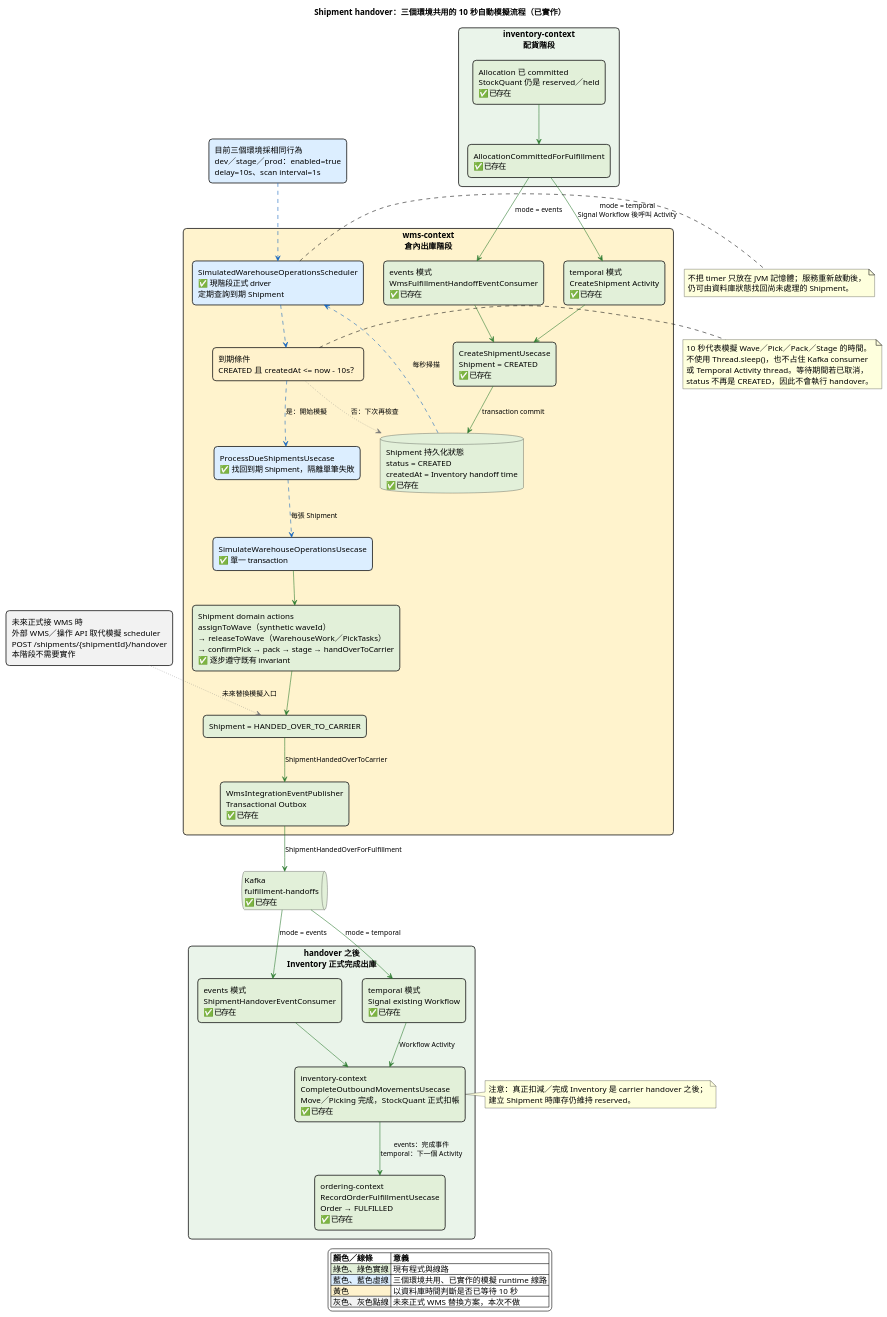
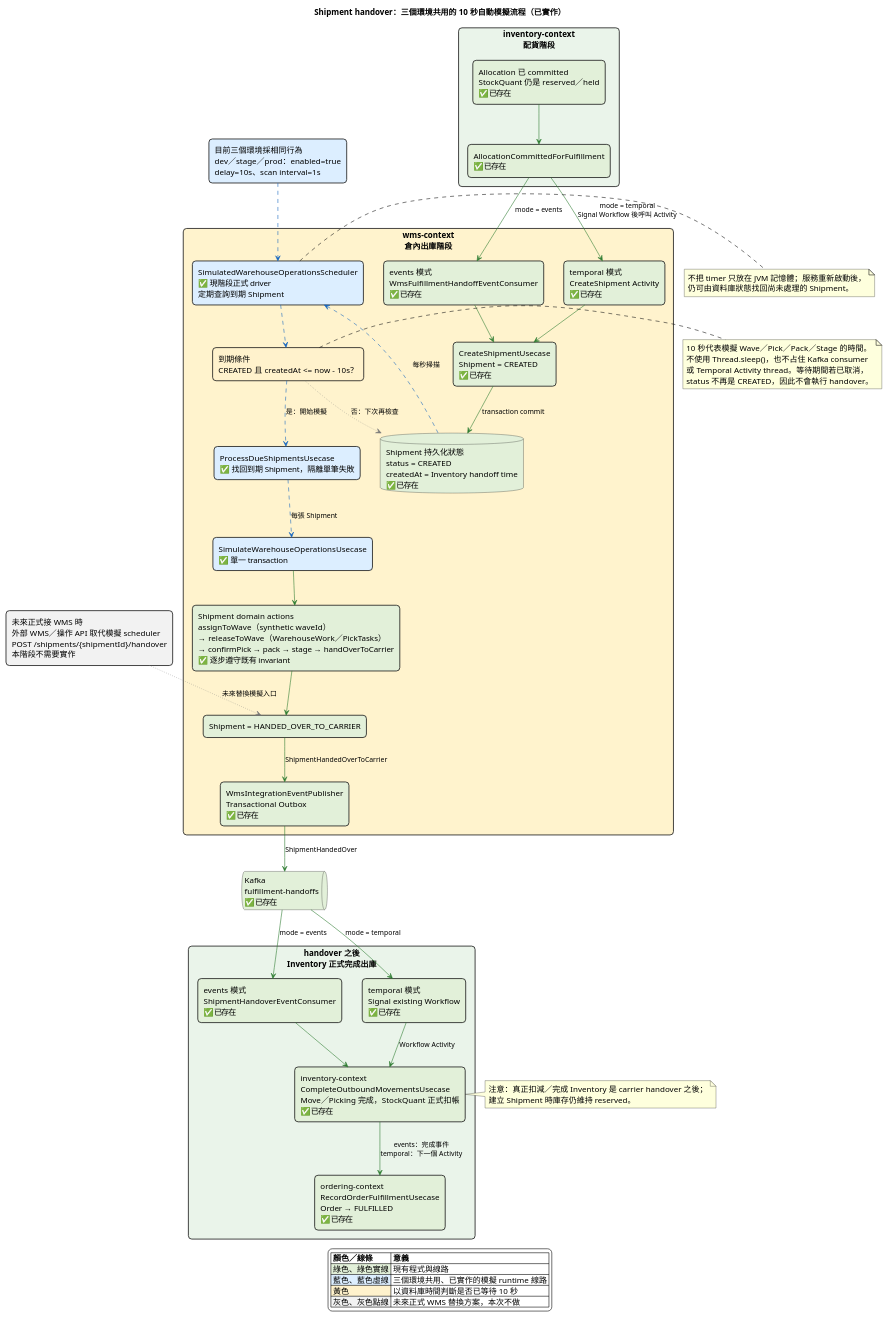
Before and after one commit to zhjiangexe/order-allocation-arch-demo: the diagram in docs/shipment-handover-connection-gaps.puml, drawn with PlantUML. The commit also changed 10 other files, not shown here.

Commit message:
docs: align fulfillment event architecture

```diff
--- a/docs/shipment-handover-connection-gaps.puml
+++ b/docs/shipment-handover-connection-gaps.puml
@@ -1,104 +1,104 @@
 @startuml
 title Shipment handover：三個環境共用的 10 秒自動模擬流程（已實作）
 
 skinparam backgroundColor #FFFFFF
 skinparam shadowing false
 skinparam defaultFontName "PingFang TC"
 skinparam defaultFontSize 14
 skinparam ArrowFontName "PingFang TC"
 skinparam ArrowFontSize 12
 skinparam packageStyle rectangle
 skinparam rectangle {
   RoundCorner 12
   BorderThickness 1.4
 }
 
 top to bottom direction
 
 package "inventory-context\n配貨階段" as Allocation #EAF4EA {
   rectangle "Allocation 已 committed\nStockQuant 仍是 reserved／held\n✅ 已存在" as AllocationCommitted #E2F0D9
   rectangle "AllocationCommittedForFulfillment\n✅ 已存在" as AllocationEvent #E2F0D9
 }
 
 package "wms-context\n倉內出庫階段" as Wms #FFF3CD {
   rectangle "events 模式\nWmsFulfillmentHandoffEventConsumer\n✅ 已存在" as EventCreateDriver #E2F0D9
   rectangle "temporal 模式\nCreateShipment Activity\n✅ 已存在" as TemporalCreateDriver #E2F0D9
   rectangle "CreateShipmentUsecase\nShipment = CREATED\n✅ 已存在" as CreateShipment #E2F0D9
 
   database "Shipment 持久化狀態\nstatus = CREATED\ncreatedAt = Inventory handoff time\n✅ 已存在" as ShipmentState #E2F0D9
   rectangle "SimulatedWarehouseOperationsScheduler\n✅ 現階段正式 driver\n定期查詢到期 Shipment" as SimulationScheduler #DCEEFF
   rectangle "到期條件\nCREATED 且 createdAt <= now - 10s？" as Due #FFF2CC
   rectangle "ProcessDueShipmentsUsecase\n✅ 找回到期 Shipment，隔離單筆失敗" as DueShipments #DCEEFF
   rectangle "SimulateWarehouseOperationsUsecase\n✅ 單一 transaction" as SimulationDriver #DCEEFF
   rectangle "Shipment domain actions\nassignToWave（synthetic waveId）\n→ releaseToWave（WarehouseWork／PickTasks）\n→ confirmPick → pack → stage → handOverToCarrier\n✅ 逐步遵守既有 invariant" as DomainActions #E2F0D9
   rectangle "Shipment = HANDED_OVER_TO_CARRIER" as Handover #E2F0D9
 
   rectangle "WmsIntegrationEventPublisher\nTransactional Outbox\n✅ 已存在" as WmsPublisher #E2F0D9
 }
 
 queue "Kafka\nfulfillment-handoffs\n✅ 已存在" as Kafka #E2F0D9
 
 package "handover 之後\nInventory 正式完成出庫" as Downstream #EAF4EA {
   rectangle "events 模式\nShipmentHandoverEventConsumer\n✅ 已存在" as EventCompletion #E2F0D9
   rectangle "temporal 模式\nSignal existing Workflow\n✅ 已存在" as TemporalCompletion #E2F0D9
   rectangle "inventory-context\nCompleteOutboundMovementsUsecase\nMove／Picking 完成，StockQuant 正式扣帳\n✅ 已存在" as CompleteStock #E2F0D9
   rectangle "ordering-context\nRecordOrderFulfillmentUsecase\nOrder → FULFILLED\n✅ 已存在" as CompleteOrder #E2F0D9
 }
 
 rectangle "未來正式接 WMS 時\n外部 WMS／操作 API 取代模擬 scheduler\nPOST /shipments/{shipmentId}/handover\n本階段不需要實作" as FutureWms #F2F2F2
 
 rectangle "目前三個環境採相同行為\ndev／stage／prod：enabled=true\ndelay=10s、scan interval=1s" as Settings #DCEEFF
 
 AllocationCommitted -[#2E7D32]-> AllocationEvent
 AllocationEvent -[#2E7D32]-> EventCreateDriver : mode = events
 AllocationEvent -[#2E7D32]-> TemporalCreateDriver : mode = temporal\nSignal Workflow 後呼叫 Activity
 EventCreateDriver -[#2E7D32]-> CreateShipment
 TemporalCreateDriver -[#2E7D32]-> CreateShipment
 
 CreateShipment -[#2E7D32]-> ShipmentState : transaction commit
 ShipmentState -[#1565C0,dashed]-> SimulationScheduler : 每秒掃描
 Settings -[#1565C0,dashed]-> SimulationScheduler
 SimulationScheduler -[#1565C0,dashed]-> Due
 Due -[#1565C0,dashed]-> DueShipments : 是：開始模擬
 Due -[#777777,dotted]-> ShipmentState : 否：下次再檢查
 
 DueShipments -[#1565C0,dashed]-> SimulationDriver : 每張 Shipment
 SimulationDriver -[#2E7D32]-> DomainActions
 DomainActions -[#2E7D32]-> Handover
 
 Handover -[#2E7D32]-> WmsPublisher : ShipmentHandedOverToCarrier
-WmsPublisher -[#2E7D32]-> Kafka : ShipmentHandedOverForFulfillment
+WmsPublisher -[#2E7D32]-> Kafka : ShipmentHandedOver
 Kafka -[#2E7D32]-> EventCompletion : mode = events
 Kafka -[#2E7D32]-> TemporalCompletion : mode = temporal
 EventCompletion -[#2E7D32]-> CompleteStock
 TemporalCompletion -[#2E7D32]-> CompleteStock : Workflow Activity
 CompleteStock -[#2E7D32]-> CompleteOrder : events：完成事件\ntemporal：下一個 Activity
 
 FutureWms -[#777777,dotted]-> Handover : 未來替換模擬入口
 
 note right of SimulationScheduler
   不把 timer 只放在 JVM 記憶體；服務重新啟動後，
   仍可由資料庫狀態找回尚未處理的 Shipment。
 end note
 
 note right of Due
   10 秒代表模擬 Wave／Pick／Pack／Stage 的時間。
   不使用 Thread.sleep()，也不占住 Kafka consumer
   或 Temporal Activity thread。等待期間若已取消，
   status 不再是 CREATED，因此不會執行 handover。
 end note
 
 note right of CompleteStock
   注意：真正扣減／完成 Inventory 是 carrier handover 之後；
   建立 Shipment 時庫存仍維持 reserved。
 end note
 
 legend bottom
   |= 顏色／線條 |= 意義 |
   |<#E2F0D9> 綠色、綠色實線 | 現有程式與線路 |
   |<#DCEEFF> 藍色、藍色虛線 | 三個環境共用、已實作的模擬 runtime 線路 |
   |<#FFF2CC> 黃色 | 以資料庫時間判斷是否已等待 10 秒 |
   |<#F2F2F2> 灰色、灰色點線 | 未來正式 WMS 替換方案，本次不做 |
 endlegend
 
 @enduml
```
